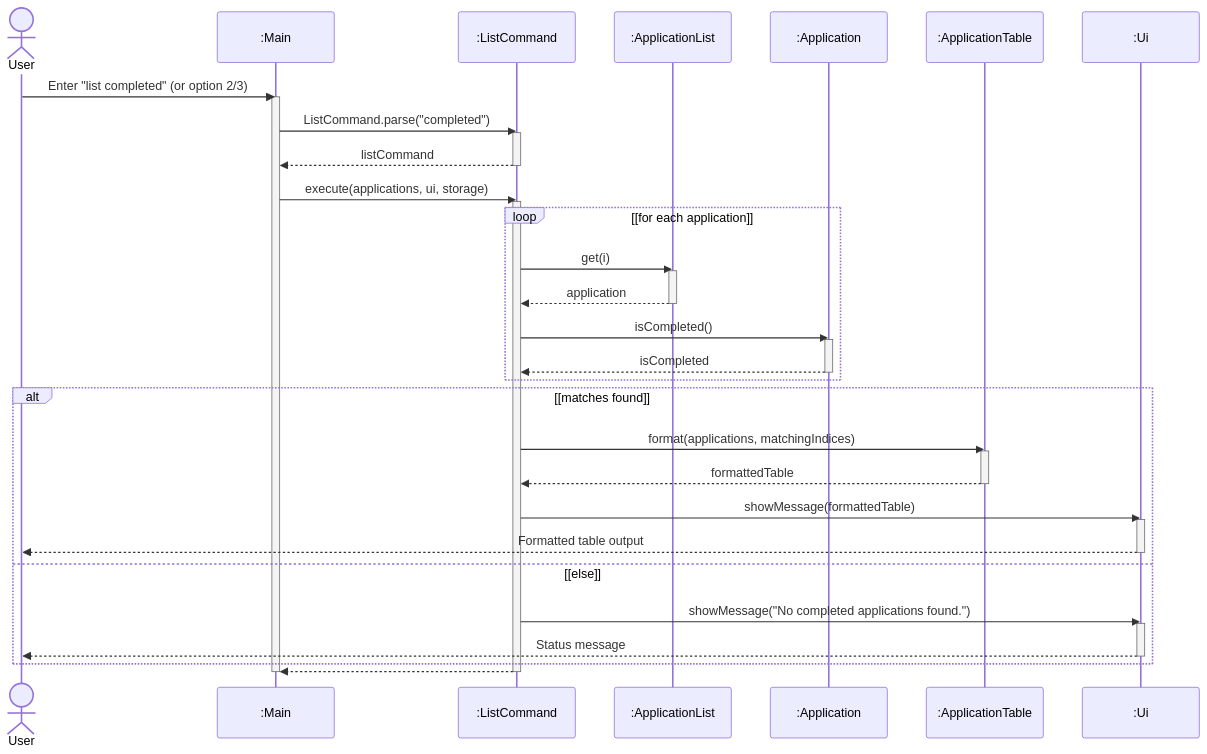
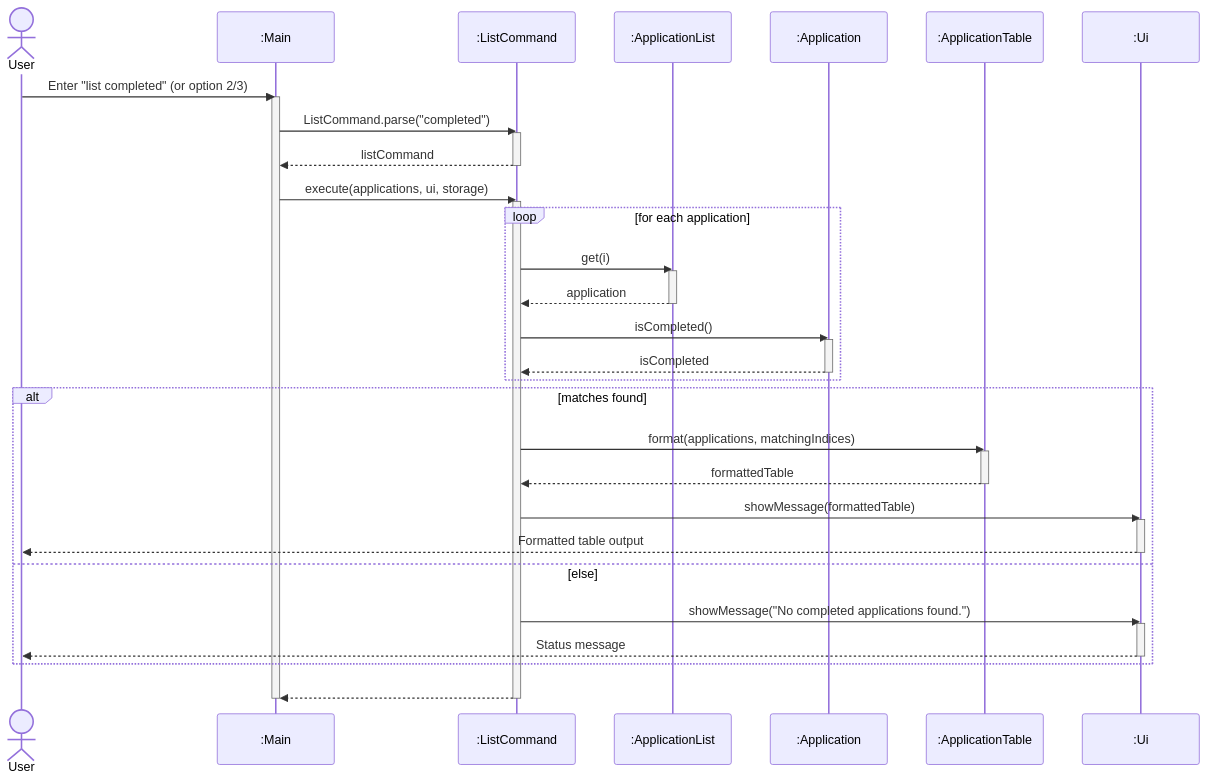
One commit to AY2627S1-CS2113-T10-2/tp changed the ninth of 22 diagrams in docs/DeveloperGuide.md. Above: the diagram before and after it, drawn with Mermaid. The commit also changed other lines of this file, not shown here.

First line of the commit message:
docs: align sequence return arrows and enhance class diagram resolution

````diff
--- a/docs/DeveloperGuide.md
+++ b/docs/DeveloperGuide.md
@@ -460,50 +510,54 @@
 ```mermaid
+---
+config:
+  themeCSS: ".actor-line { stroke-dasharray: 4, 4 !important; } line.loopLine:not([style*='stroke-dasharray']) { stroke-dasharray: none !important; }"
+---
 sequenceDiagram
     actor user as User
     participant main as :Main
     participant cmd as :ListCommand
     participant list as :ApplicationList
     participant app as :Application
     participant table as :ApplicationTable
     participant ui as :Ui
 
     user->>main: Enter "list completed" (or option 2/3)
     activate main
     main->>cmd: ListCommand.parse("completed")
     activate cmd
     cmd-->>main: listCommand
     deactivate cmd
     main->>cmd: execute(applications, ui, storage)
     activate cmd
 
-    loop [for each application]
+    loop for each application
         cmd->>list: get(i)
         activate list
         list-->>cmd: application
         deactivate list
         cmd->>app: isCompleted()
         activate app
         app-->>cmd: isCompleted
         deactivate app
     end
 
-    alt [matches found]
+    alt matches found
         cmd->>table: format(applications, matchingIndices)
         activate table
         table-->>cmd: formattedTable
         deactivate table
         cmd->>ui: showMessage(formattedTable)
         activate ui
         ui-->>user: Formatted table output
         deactivate ui
-    else [else]
+    else else
         cmd->>ui: showMessage("No completed applications found.")
         activate ui
         ui-->>user: Status message
         deactivate ui
     end
 
-    cmd-->>main: 
+    cmd-->>main: ​
     deactivate cmd
     deactivate main
 ```
````
